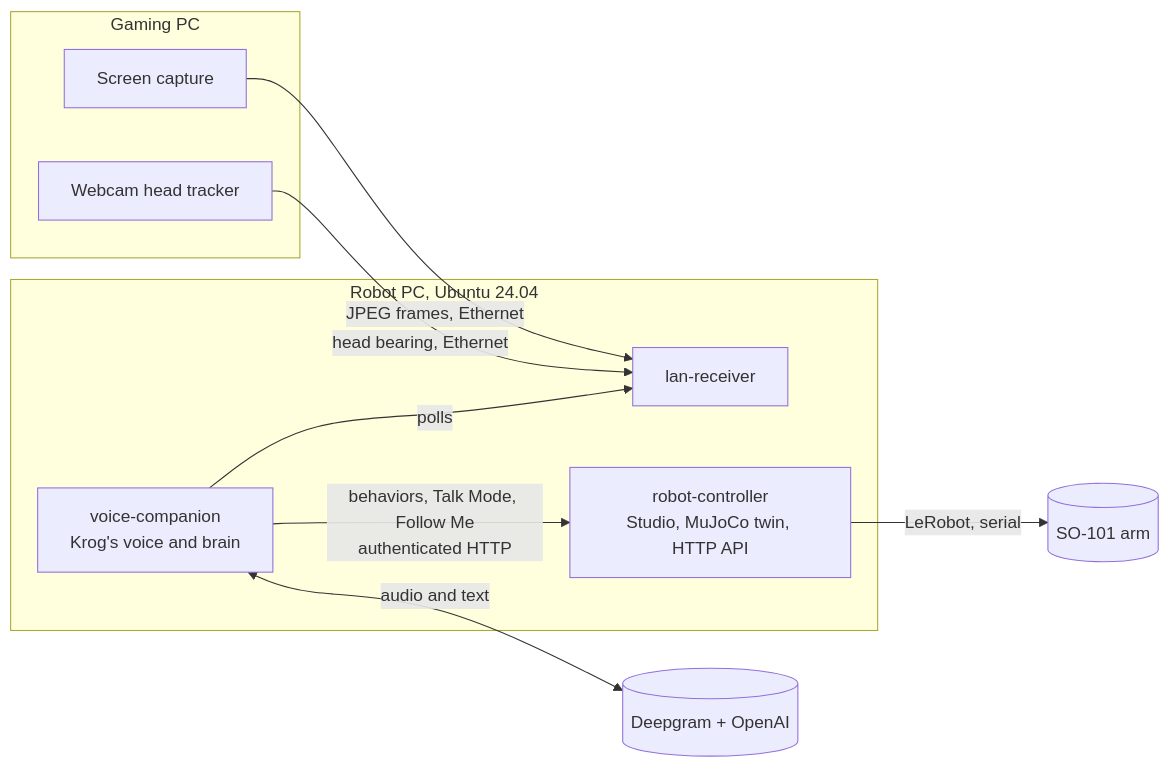
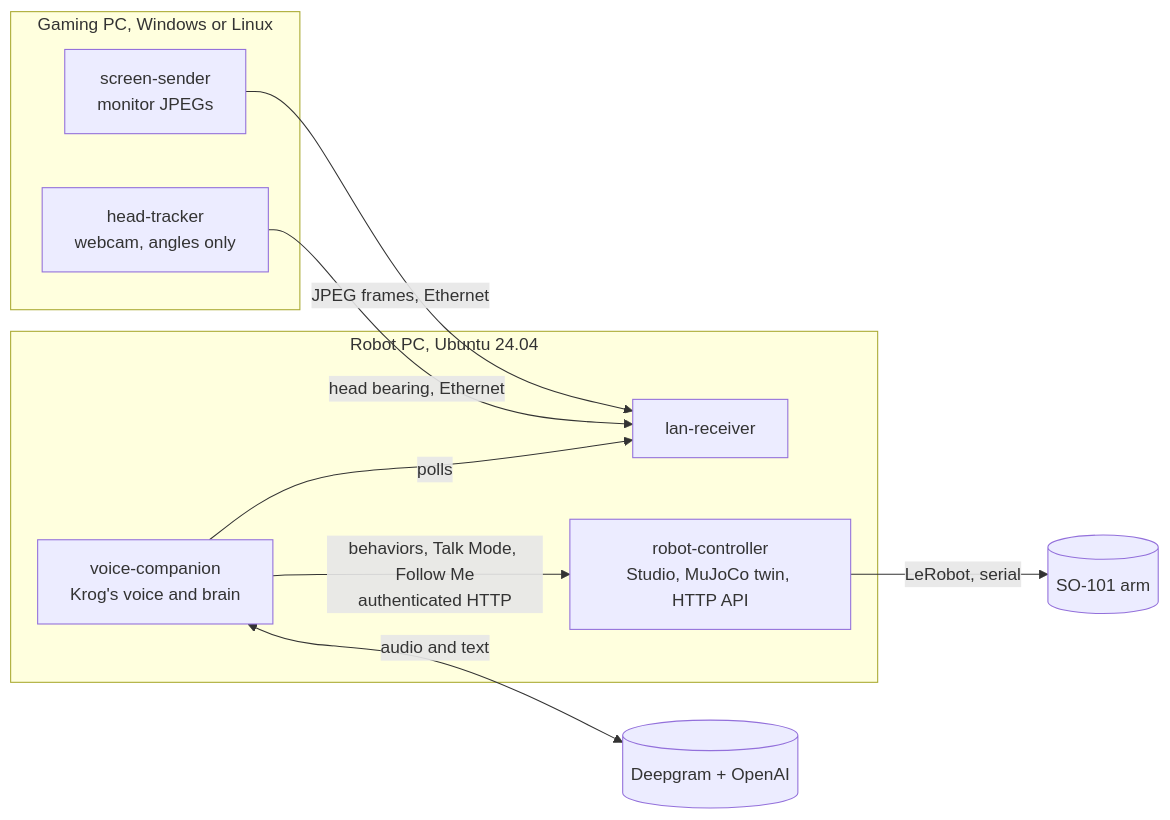
The diagram in README.md (Abdelmouhaimen/Krog-SO101-RobotArm), drawn with Mermaid before and after one commit. The commit also changed other lines of this file and 33 other files, not shown here.

````diff
--- a/README.md
+++ b/README.md
@@ -25,20 +25,20 @@
 ```mermaid
 flowchart LR
-    subgraph G["Gaming PC"]
-        S[Screen capture]
-        W[Webcam head tracker]
+    subgraph G["Gaming PC, Windows or Linux"]
+        S[screen-sender<br/>monitor JPEGs]
+        W[head-tracker<br/>webcam, angles only]
     end
     subgraph P["Robot PC, Ubuntu 24.04"]
         L[lan-receiver]
         V[voice-companion<br/>Krog's voice and brain]
         R[robot-controller<br/>Studio, MuJoCo twin, HTTP API]
     end
     A[(SO-101 arm)]
     C[(Deepgram + OpenAI)]
     S -- JPEG frames, Ethernet --> L
     W -- head bearing, Ethernet --> L
     V -- polls --> L
     V <-- audio and text --> C
     V -- behaviors, Talk Mode, Follow Me<br/>authenticated HTTP --> R
     R -- LeRobot, serial --> A
 ```
````
